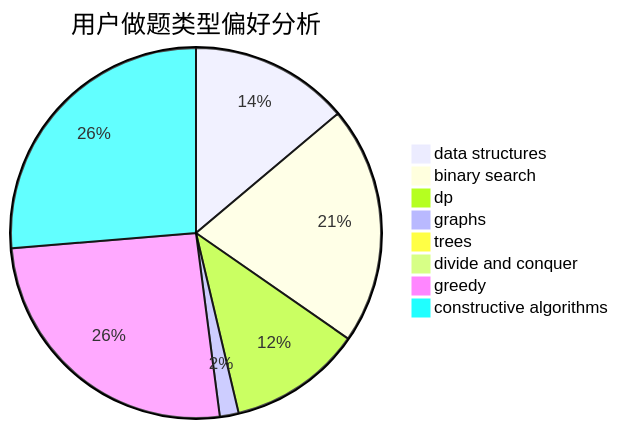
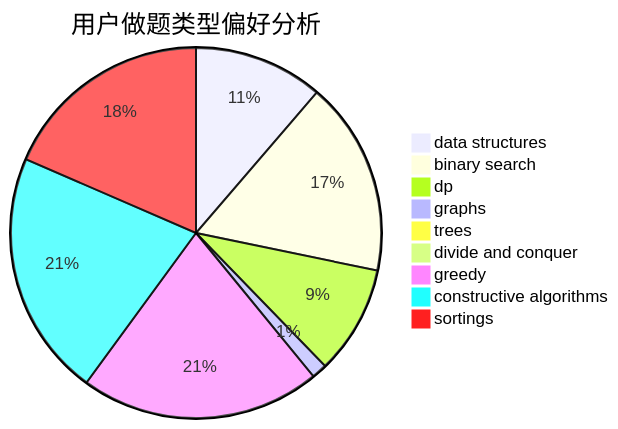
Before and after one commit to sherpahu/cfrs.github.io: the second of 3 diagrams in docs/user/u671.md, drawn with Mermaid. The commit also changed other lines of this file and 2769 other files, not shown here.

````diff
--- a/docs/user/u671.md
+++ b/docs/user/u671.md
@@ -23,11 +18,12 @@
 ```mermaid
 pie title 用户做题类型偏好分析
     "data structures" :  118
     "binary search" :  177
     "dp" :  99
     "graphs" :  14
     "trees" :  0
     "divide and conquer" :  0
     "greedy" :  219
     "constructive algorithms" :  224
+    "sortings" :  193
 ```
````
